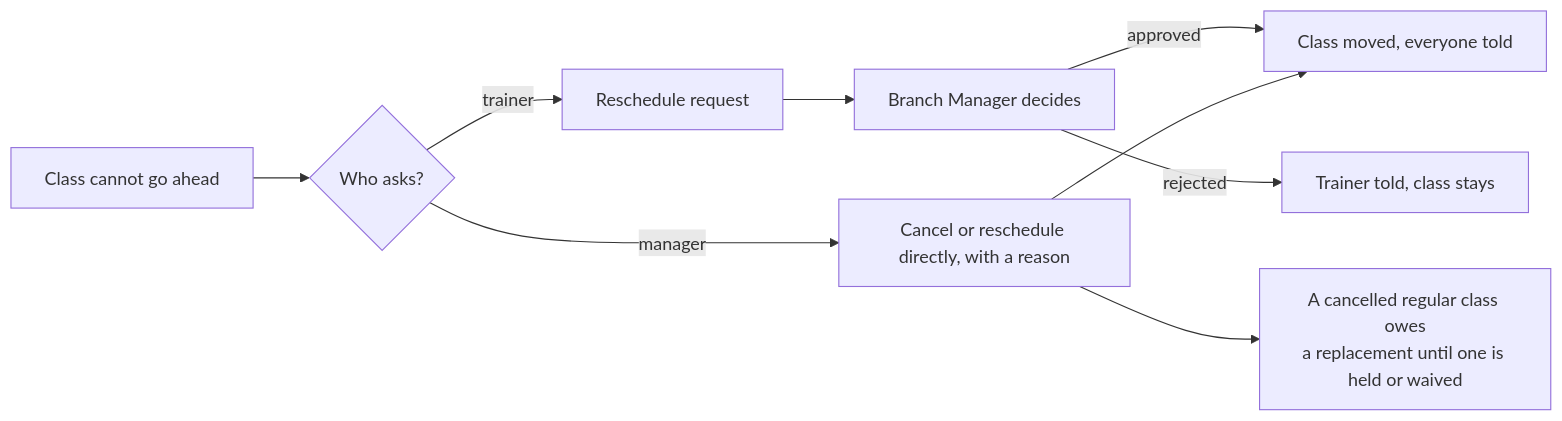
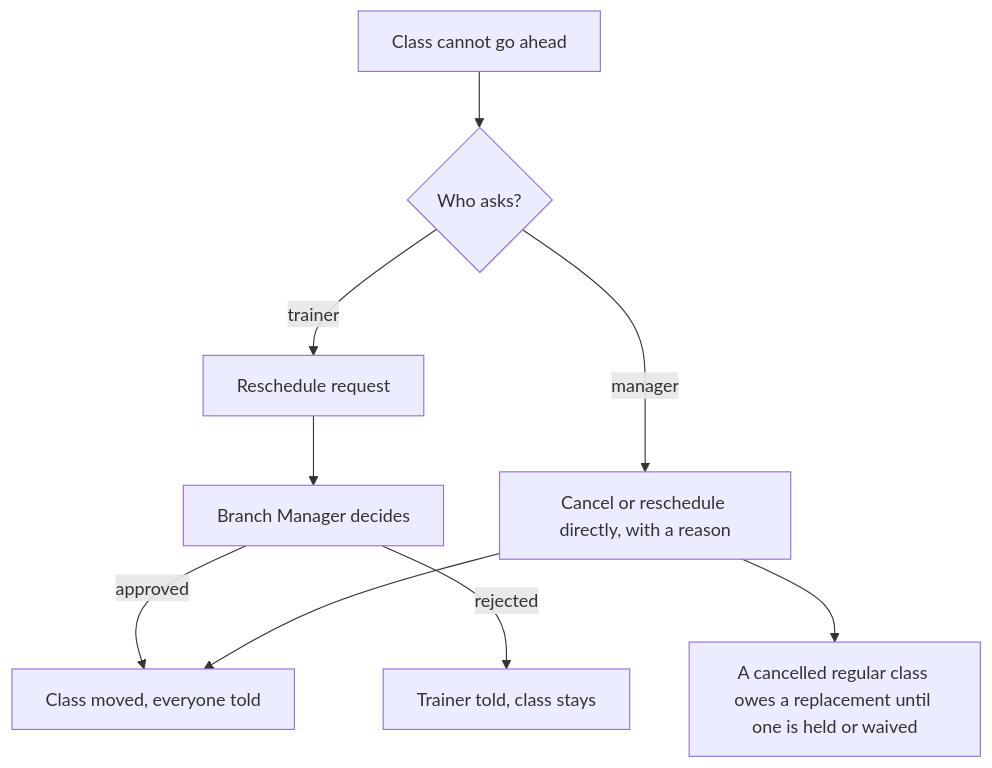
Before and after one commit to misterpk-18/nipunalms: the eighth of 17 diagrams in docs/PRODUCT_GUIDE.md, drawn with Mermaid. The commit also changed other lines of this file, not shown here.

Commit message:
Product guide: simpler Mermaid syntax, taller layouts, assignment and test charts split

````diff
--- a/docs/PRODUCT_GUIDE.md
+++ b/docs/PRODUCT_GUIDE.md
@@ -172,11 +173,11 @@
 ```mermaid
-flowchart LR
+flowchart TD
     A["Class cannot go ahead"] --> B{"Who asks?"}
     B -->|"trainer"| C["Reschedule request"]
     B -->|"manager"| D["Cancel or reschedule directly, with a reason"]
     C --> E["Branch Manager decides"]
     E -->|"approved"| F["Class moved, everyone told"]
     E -->|"rejected"| G["Trainer told, class stays"]
     D --> F
-    D --> H["A cancelled regular class owes<br/>a replacement until one is held or waived"]
+    D --> H["A cancelled regular class owes a replacement until one is held or waived"]
 ```
````
